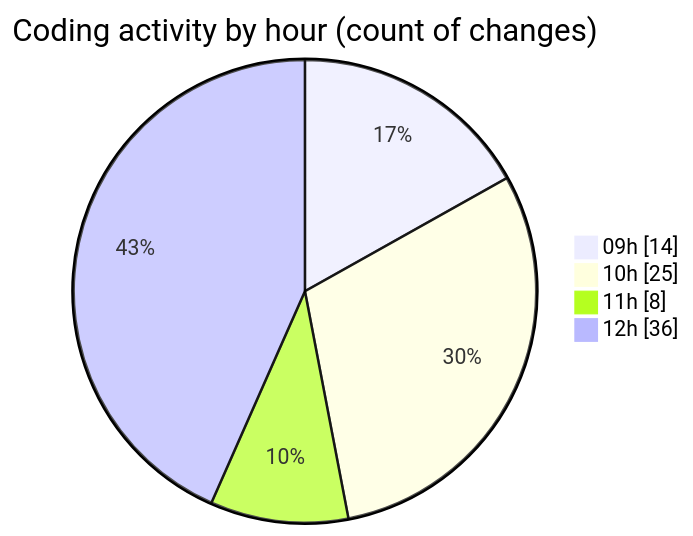
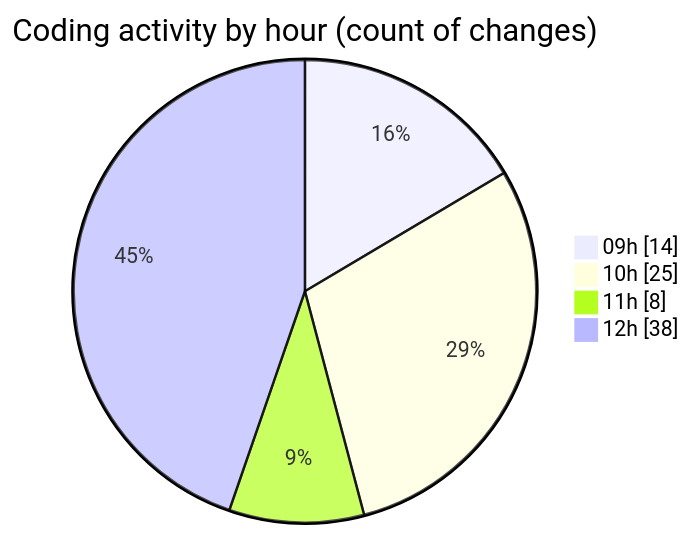
Before and after one commit to momahboobian/code-tracking: the second of 2 diagrams in 2025-06-03/cda/README.md, drawn with Mermaid. The commit also changed other lines of this file and 1 other file, not shown here.

````diff
--- a/2025-06-03/cda/README.md
+++ b/2025-06-03/cda/README.md
@@ -33,8 +33,8 @@
 ```mermaid
 pie showData
 title Coding activity by hour (count of changes)
 "09h" : 14
 "10h" : 25
 "11h" : 8
-"12h" : 36
+"12h" : 38
 ```
````
